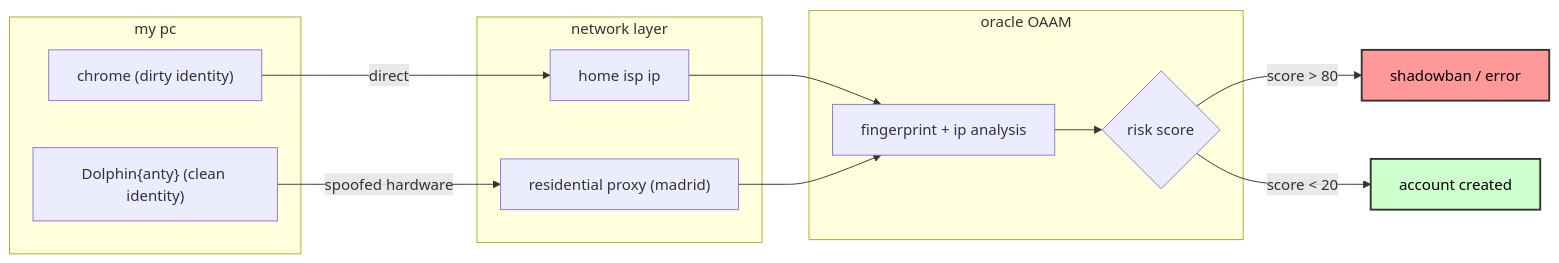
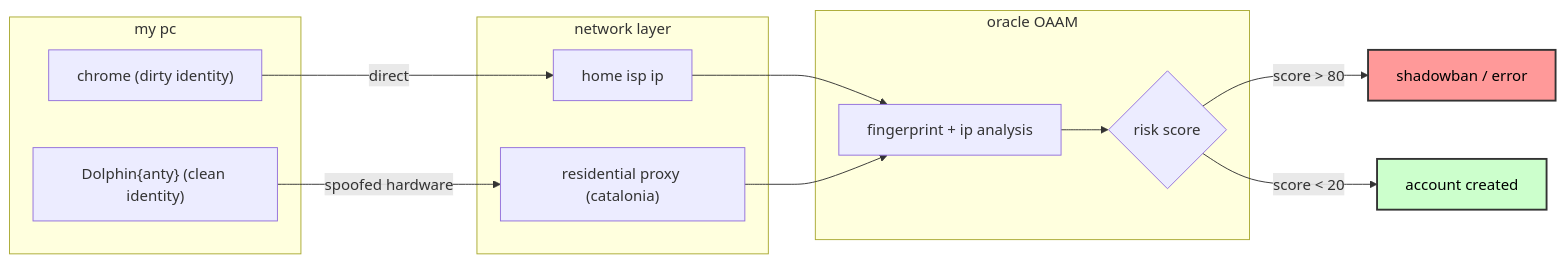
Before and after one commit to Microck/oracle-sniper-writeup: the second of 2 diagrams in README.md, drawn with Mermaid. The commit also changed other lines of this file and 1 other file, not shown here.

Commit message:
fix: correct geo-location details from Madrid to Catalonia

````diff
--- a/README.md
+++ b/README.md
@@ -86,28 +86,28 @@
 ```mermaid
 graph LR
     subgraph "my pc"
         Browser["chrome (dirty identity)"]
         Dolphin["Dolphin{anty} (clean identity)"]
     end
 
     subgraph "network layer"
         ISP["home isp ip"]
-        Proxy["residential proxy (madrid)"]
+        Proxy["residential proxy (catalonia)"]
     end
 
     subgraph "oracle OAAM"
         Checks["fingerprint + ip analysis"]
         Decision{risk score}
     end
 
     Browser -- "direct" --> ISP --> Checks
     Dolphin -- "spoofed hardware" --> Proxy --> Checks
     
     Checks --> Decision
     Decision -- "score > 80" --> Ban["shadowban / error"]
     Decision -- "score < 20" --> Success["account created"]
     
     %% high contrast styling
     style Ban fill:#ff9999,stroke:#333,stroke-width:2px,color:black
     style Success fill:#ccffcc,stroke:#333,stroke-width:2px,color:black
 ```
````
